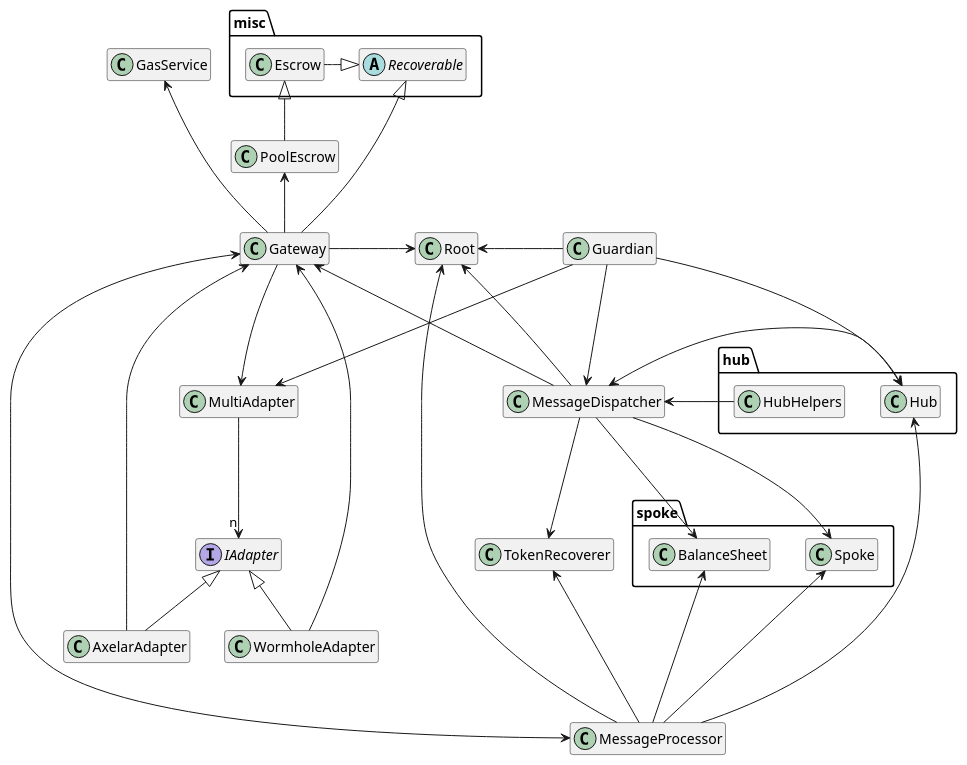
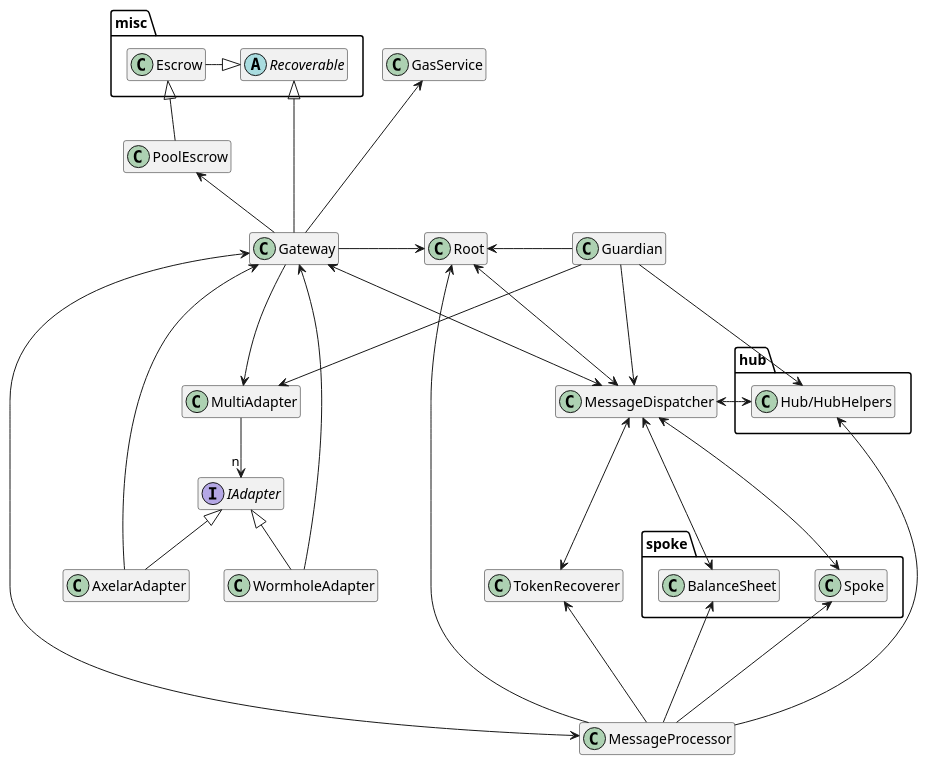
One commit to centrifuge/protocol changed the diagram in docs/architecture/common.puml. Above: the diagram before and after it, drawn with PlantUML. The commit also changed 2 other files, not shown here.

Commit message:
minor diagram changes

```diff
--- a/docs/architecture/common.puml
+++ b/docs/architecture/common.puml
@@ -1,68 +1,66 @@
 @startuml
 hide empty members
 
 package misc {
     abstract Recoverable
     class Escrow
 }
 
 package hub {
-    class Hub
-    class HubHelpers
+    class "Hub/HubHelpers" as Hub
 }
 
 package spoke {
     class Spoke
     class BalanceSheet
 }
 
 interface IAdapter
 
 class TokenRecoverer
 class Root
 class MessageDispatcher
 class MessageProcessor
 class Gateway
 class AxelarAdapter
 class WormholeAdapter
 class Guardian
 class GasService
 class PoolEscrow
 
 AxelarAdapter -up-|> IAdapter
 AxelarAdapter -up--> Gateway
 
 WormholeAdapter -up-|> IAdapter
 WormholeAdapter -up--> Gateway
 
 MessageProcessor --up-> Root
 MessageProcessor --up-> TokenRecoverer
 MessageProcessor --up-> Hub
 MessageProcessor --up-> Spoke
 MessageProcessor --up-> BalanceSheet
 MessageProcessor <--up-> Gateway
 
-MessageDispatcher ---> Root
-MessageDispatcher ---> TokenRecoverer
-MessageDispatcher ---> Gateway
-MessageDispatcher <--> Hub
-HubHelpers ---> MessageDispatcher
-MessageDispatcher ---> Spoke
-MessageDispatcher ---> BalanceSheet
+MessageDispatcher <---> Root
+MessageDispatcher <---> TokenRecoverer
+MessageDispatcher <---> Gateway
+MessageDispatcher <-right-> Hub
+MessageDispatcher <---> Spoke
+MessageDispatcher <---> BalanceSheet
 
 Guardian ---> Hub
 Guardian -left---> Root
 Guardian ---> MessageDispatcher
-Guardian ---> MultiAdapter
+Guardian -> MultiAdapter
 
 Gateway -up--> GasService
 Gateway -up--|> Recoverable
 Gateway -right-> Root
 Gateway -down--> MultiAdapter
-MultiAdapter -down-->"n" IAdapter
+MultiAdapter -down->"n" IAdapter
 Gateway -up->PoolEscrow
 
 PoolEscrow -up-|> Escrow
 Escrow -right-|> Recoverable
 
 @enduml
```
